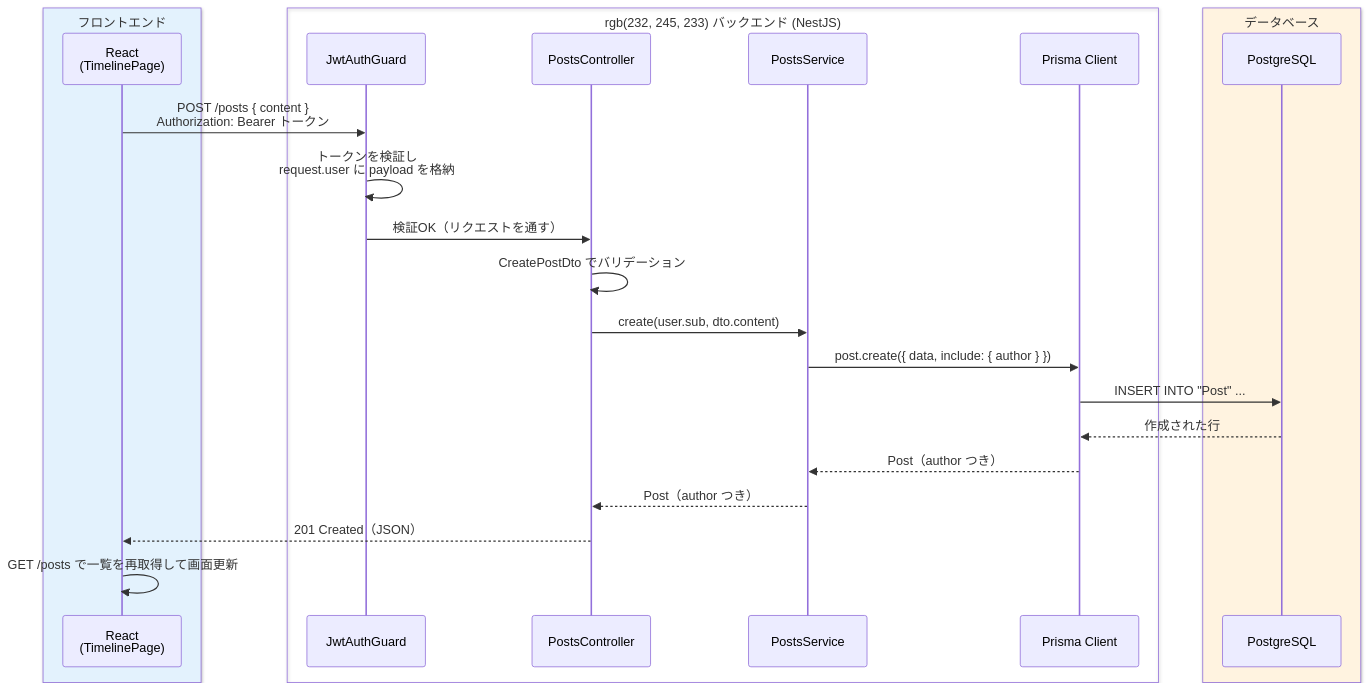
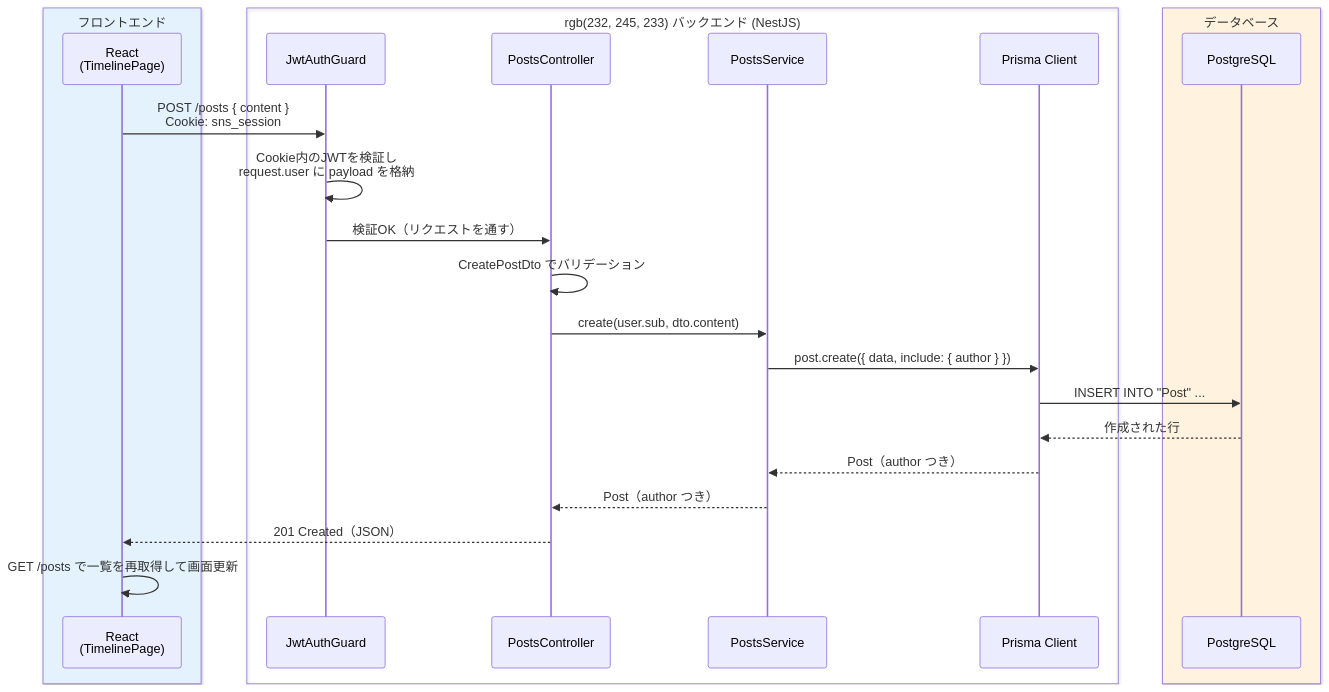
Before and after one commit to dik-ab/school-curriculum-platform: the diagram in cloudflare-site/src/content/docs/sns/nestjs/posts.md, drawn with Mermaid. The commit also changed other lines of this file, not shown here.

Commit message:
docs: align sns posts with cookie auth

````diff
--- a/cloudflare-site/src/content/docs/sns/nestjs/posts.md
+++ b/cloudflare-site/src/content/docs/sns/nestjs/posts.md
@@ -47,28 +47,28 @@
 ```mermaid
 sequenceDiagram
     box rgb(227, 242, 253) フロントエンド
         participant R as React<br>(TimelinePage)
     end
     box rgb(232, 245, 233) バックエンド (NestJS)
         participant G as JwtAuthGuard
         participant C as PostsController
         participant S as PostsService
         participant P as Prisma Client
     end
     box rgb(255, 243, 224) データベース
         participant DB as PostgreSQL
     end
 
-    R->>G: POST /posts { content }<br>Authorization: Bearer トークン
-    G->>G: トークンを検証し<br>request.user に payload を格納
+    R->>G: POST /posts { content }<br>Cookie: sns_session
+    G->>G: Cookie内のJWTを検証し<br>request.user に payload を格納
     G->>C: 検証OK（リクエストを通す）
     C->>C: CreatePostDto でバリデーション
     C->>S: create(user.sub, dto.content)
     S->>P: post.create({ data, include: { author } })
     P->>DB: INSERT INTO "Post" ...
     DB-->>P: 作成された行
     P-->>S: Post（author つき）
     S-->>C: Post（author つき）
     C-->>R: 201 Created（JSON）
     R->>R: GET /posts で一覧を再取得して画面更新
 ```
````
